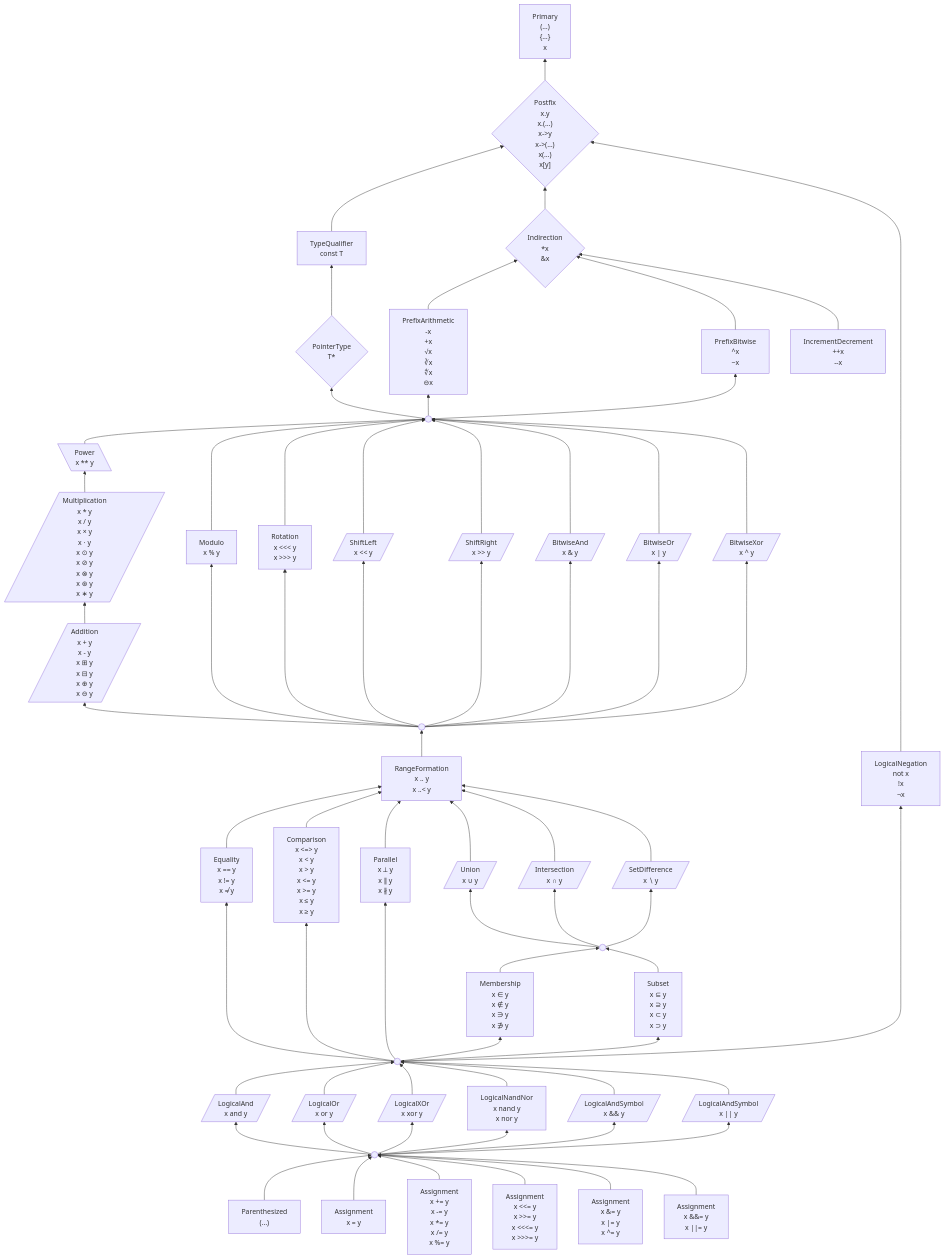
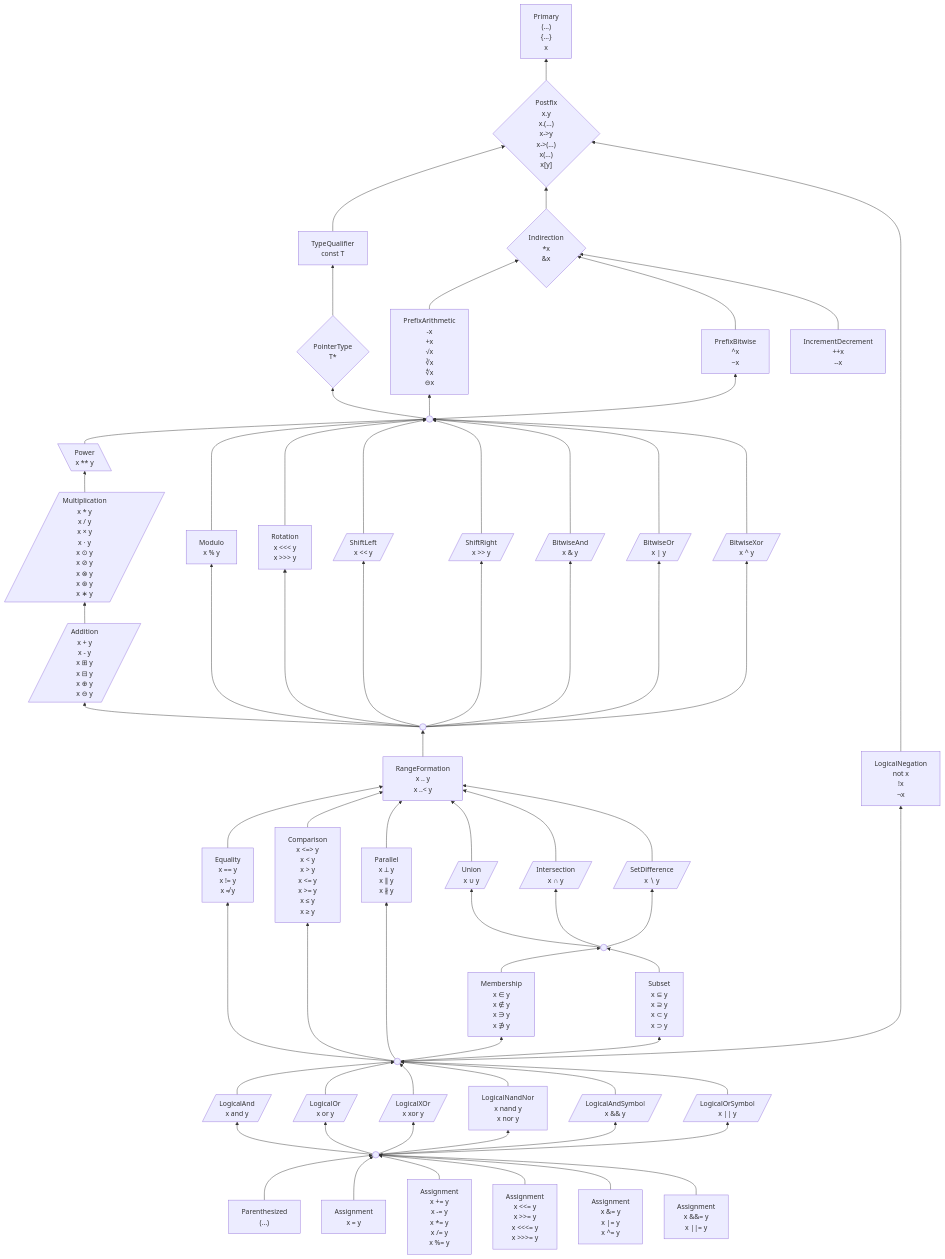
One commit to laro/Cilia changed the first of 2 diagrams in 6 .../2 Unfinished Ideas.md. Above: the diagram before and after it, drawn with Mermaid.

Commit message:
Update 2 Unfinished Ideas.md

```diff
--- a/6 .../2 Unfinished Ideas.md
+++ b/6 .../2 Unfinished Ideas.md
@@ -358,7 +358,7 @@
 x nor y"]
     andSymbol[/"LogicalAndSymbol
 x && y"/]
-    orSymbol[/"LogicalAndSymbol
+    orSymbol[/"LogicalOrSymbol
 x || y"/]
 
 
```
